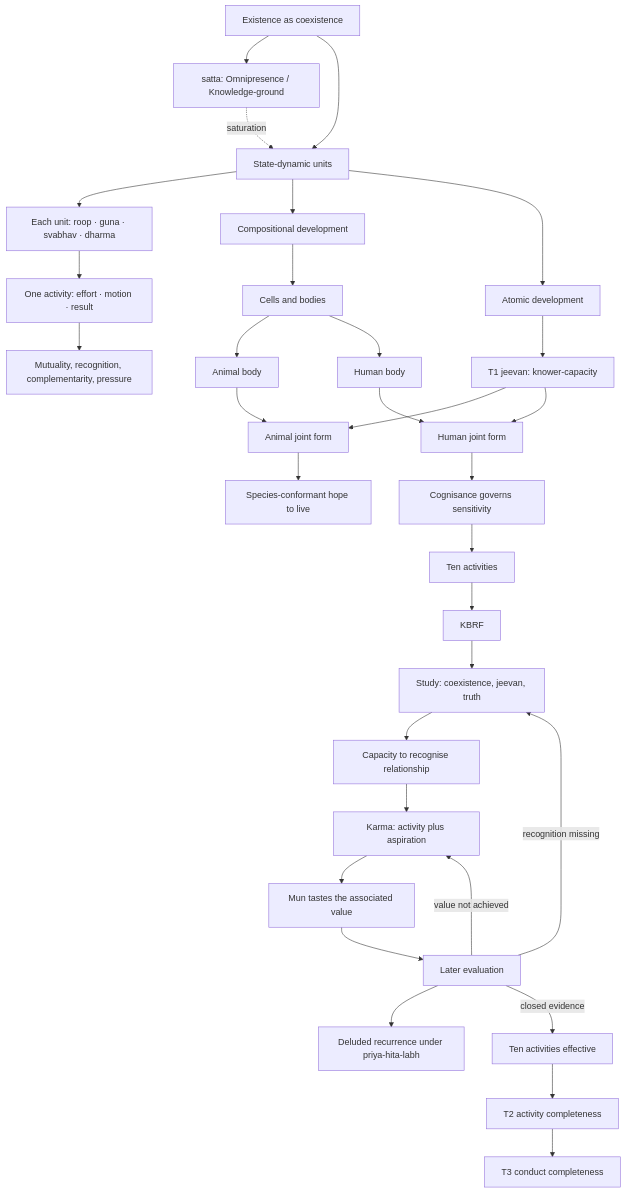
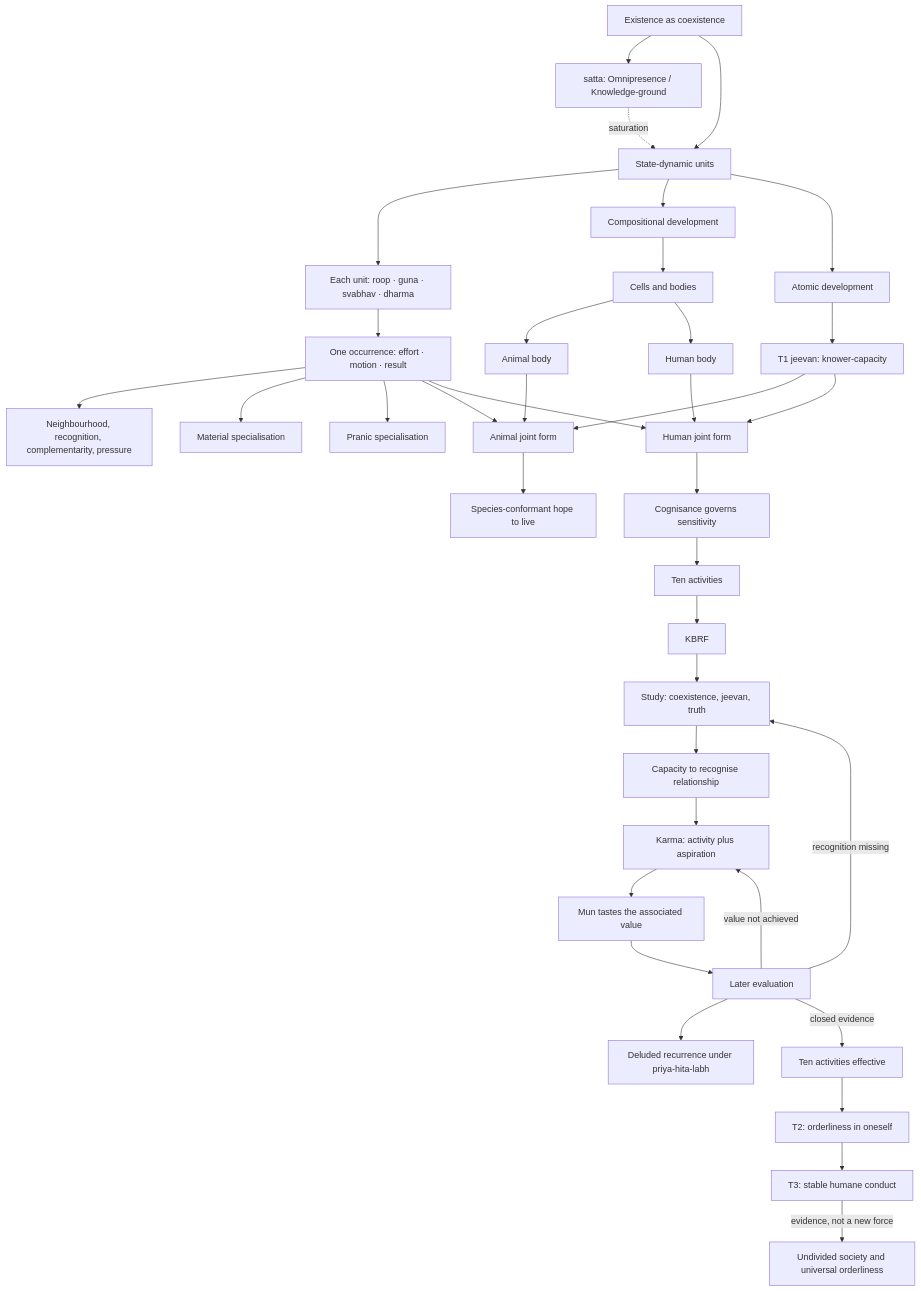
One commit to raghavamohan/AnalyticMadhyasthDarshan changed the first of 5 diagrams in Studies/A-State-Dynamic-Model-Of-Coexistence/A-State-Dynamic-Model-Of-Coexistence.md. Above: the diagram before and after it, drawn with Mermaid. The commit also changed other lines of this file and 10 other files, not shown here.

````diff
--- a/Studies/A-State-Dynamic-Model-Of-Coexistence/A-State-Dynamic-Model-Of-Coexistence.md
+++ b/Studies/A-State-Dynamic-Model-Of-Coexistence/A-State-Dynamic-Model-Of-Coexistence.md
@@ -20,37 +20,43 @@
 ```mermaid
 flowchart TD
     E["Existence as coexistence"] --> O["satta: Omnipresence / Knowledge-ground"]
     E --> U["State-dynamic units"]
     O -.->|"saturation"| U
     U --> ONE["Each unit: roop · guna · svabhav · dharma"]
-    ONE --> EMR["One activity: effort · motion · result"]
-    EMR --> MUT["Mutuality, recognition, complementarity, pressure"]
+    ONE --> EMR["One occurrence: effort · motion · result"]
+    EMR --> MUT["Neighbourhood, recognition, complementarity, pressure"]
+
+    EMR --> MAT["Material specialisation"]
+    EMR --> PRAN["Pranic specialisation"]
+    EMR --> AJ["Animal joint form"]
+    EMR --> HJ["Human joint form"]
 
     U --> CL["Compositional development"]
     CL --> BIO["Cells and bodies"]
     U --> AL["Atomic development"]
     AL --> T1["T1 jeevan: knower-capacity"]
     BIO --> AB["Animal body"]
     BIO --> HB["Human body"]
-    T1 --> AJ["Animal joint form"]
-    T1 --> HJ["Human joint form"]
+    T1 --> AJ
+    T1 --> HJ
     AB --> AJ
     HB --> HJ
 
     AJ --> AE["Species-conformant hope to live"]
 
     HJ --> COG["Cognisance governs sensitivity"]
     COG --> HF["Ten activities"]
     HF --> REC["KBRF"]
     REC --> STUDY["Study: coexistence, jeevan, truth"]
     STUDY --> CAP["Capacity to recognise relationship"]
     CAP --> KARMA["Karma: activity plus aspiration"]
     KARMA --> TASTE["Mun tastes the associated value"]
     TASTE --> EVALN["Later evaluation"]
     EVALN -->|"recognition missing"| STUDY
     EVALN -->|"value not achieved"| KARMA
     EVALN --> DEL["Deluded recurrence under priya-hita-labh"]
     EVALN -->|"closed evidence"| ALIGN["Ten activities effective"]
-    ALIGN --> T2["T2 activity completeness"]
-    T2 --> T3["T3 conduct completeness"]
+    ALIGN --> T2["T2: orderliness in oneself"]
+    T2 --> T3["T3: stable humane conduct"]
+    T3 -->|"evidence, not a new force"| EVID["Undivided society and universal orderliness"]
 ```
````
